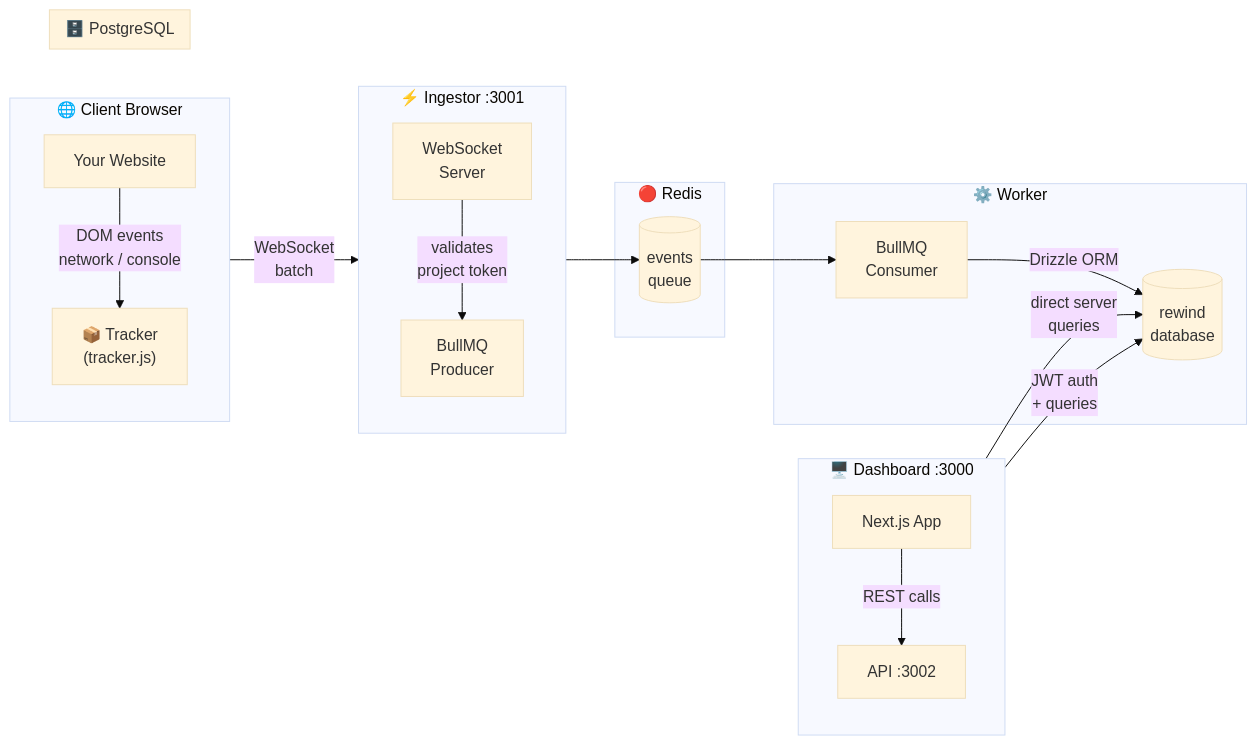
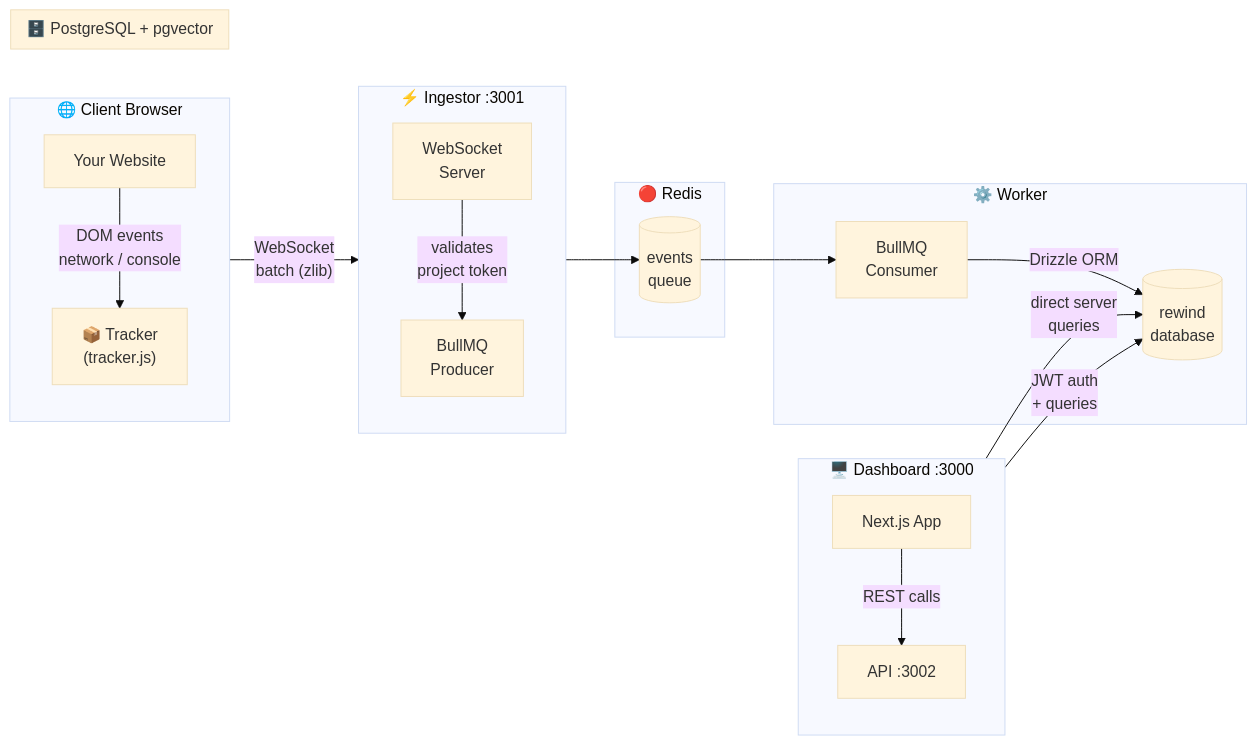
Before and after one commit to Parth308/rewind: the first of 2 diagrams in README.md, drawn with Mermaid (base theme). The commit also changed other lines of this file and 3 other files, not shown here.

````diff
--- a/README.md
+++ b/README.md
@@ -104,35 +107,35 @@
 ```mermaid
 flowchart LR
     subgraph Browser["🌐 Client Browser"]
         direction TB
         Site["Your Website"] -- "DOM events\nnetwork / console" --> T["📦 Tracker\n(tracker.js)"]
     end
 
     subgraph Ingestor["⚡ Ingestor  :3001"]
         direction TB
         WS["WebSocket\nServer"] -- "validates\nproject token" --> Q["BullMQ\nProducer"]
     end
 
     subgraph Queue["🔴 Redis"]
         JQ[("events\nqueue")]
     end
 
     subgraph Worker["⚙️ Worker"]
         WK["BullMQ\nConsumer"] -- "Drizzle ORM" --> PG
     end
 
-    subgraph Storage["🗄️ PostgreSQL"]
+    subgraph Storage["🗄️ PostgreSQL + pgvector"]
         PG[("rewind\ndatabase")]
     end
 
     subgraph DashLayer["🖥️ Dashboard  :3000"]
         direction TB
         UI["Next.js App"] -- "REST calls" --> API["API  :3002"]
         UI -- "direct server\nqueries" --> PG
         API -- "JWT auth\n+ queries" --> PG
     end
 
-    T -- "WebSocket\nbatch" --> WS
+    T -- "WebSocket\nbatch (zlib)" --> WS
     Q --> JQ
     JQ --> WK
 ```
````
